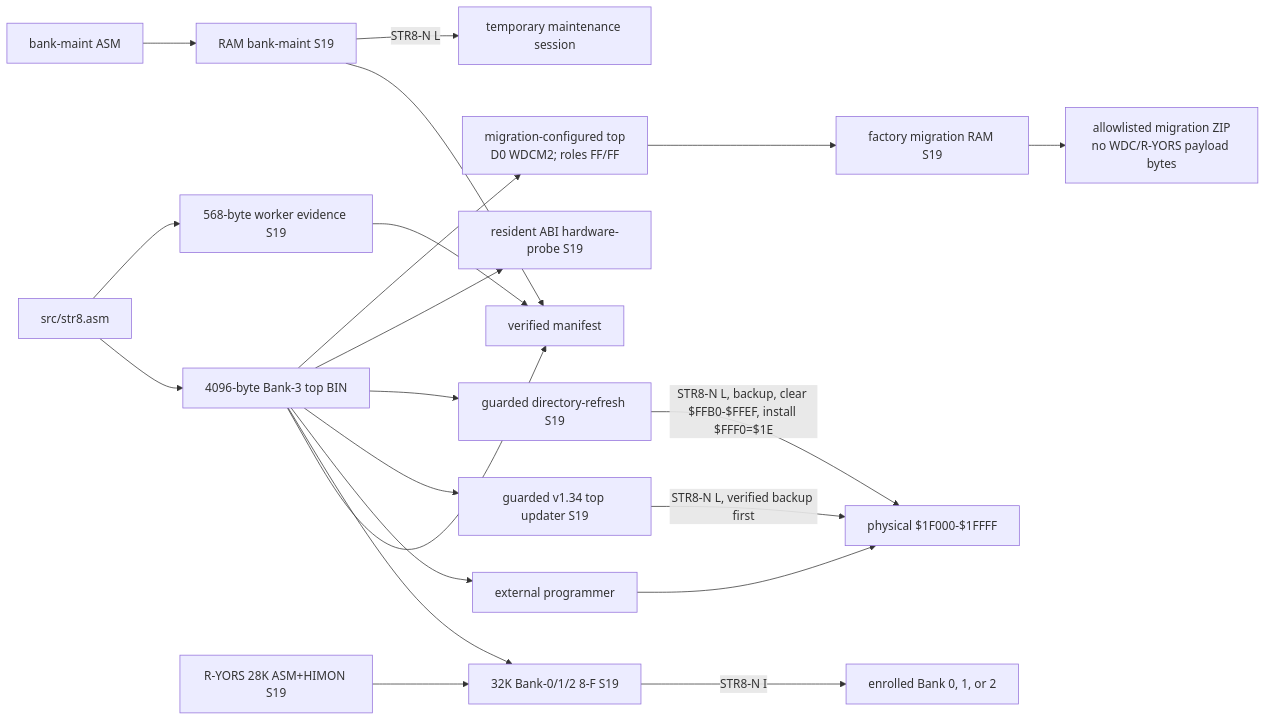
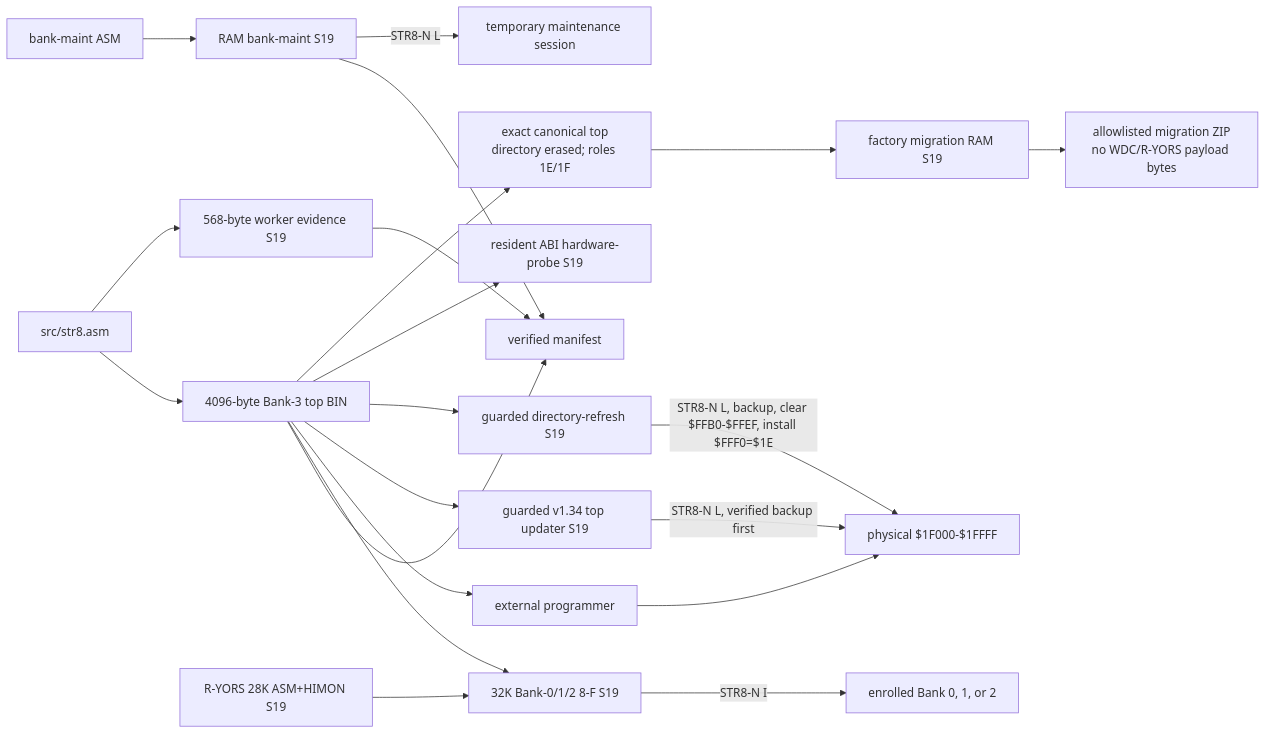
Before and after one commit to 95westus/STR8-N: the second of 14 diagrams in docs/MAPS.md, drawn with Mermaid. The commit also changed other lines of this file and 17 other files, not shown here.

````diff
--- a/docs/MAPS.md
+++ b/docs/MAPS.md
@@ -39,23 +41,23 @@
 ```mermaid
 flowchart LR
     SRC[src/str8.asm] --> TOP[4096-byte Bank-3 top BIN]
     SRC --> WORKER[568-byte worker evidence S19]
     BM_SRC[bank-maint ASM] --> BM[RAM bank-maint S19]
     TOP --> MANIFEST[verified manifest]
     WORKER --> MANIFEST
     BM --> MANIFEST
     RY[R-YORS 28K ASM+HIMON S19] --> FULL[32K Bank-0/1/2 8-F S19]
     TOP --> FULL
     TOP --> PROGRAMMER[external programmer]
     PROGRAMMER --> B3F[physical $1F000-$1FFFF]
     TOP --> UPDATE[guarded v1.34 top updater S19]
     UPDATE -->|STR8-N L, verified backup first| B3F
     TOP --> REFRESH[guarded directory-refresh S19]
     REFRESH -->|STR8-N L, backup, clear $FFB0-$FFEF, install $FFF0=$1E| B3F
     TOP --> ABI_TEST[resident ABI hardware-probe S19]
     BM -->|STR8-N L| RAM_TOOL[temporary maintenance session]
     FULL -->|STR8-N I| GUEST[enrolled Bank 0, 1, or 2]
-    TOP --> WDC_TOP[migration-configured top<br/>D0 WDCM2; roles FF/FF]
+    TOP --> WDC_TOP[exact canonical top<br/>directory erased; roles 1E/1F]
     WDC_TOP --> WDC_INSTALL[factory migration RAM S19]
     WDC_INSTALL --> KIT[allowlisted migration ZIP<br/>no WDC/R-YORS payload bytes]
 ```
````
